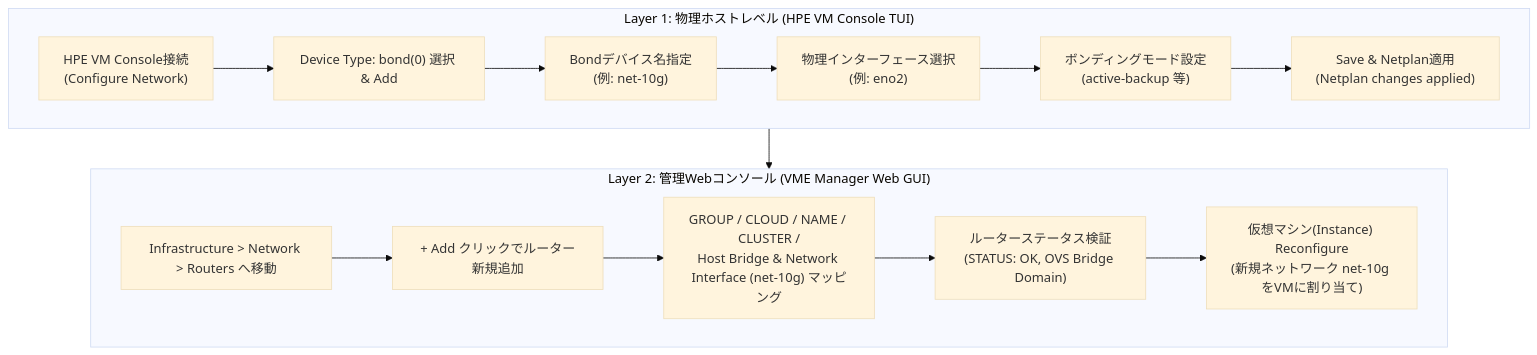
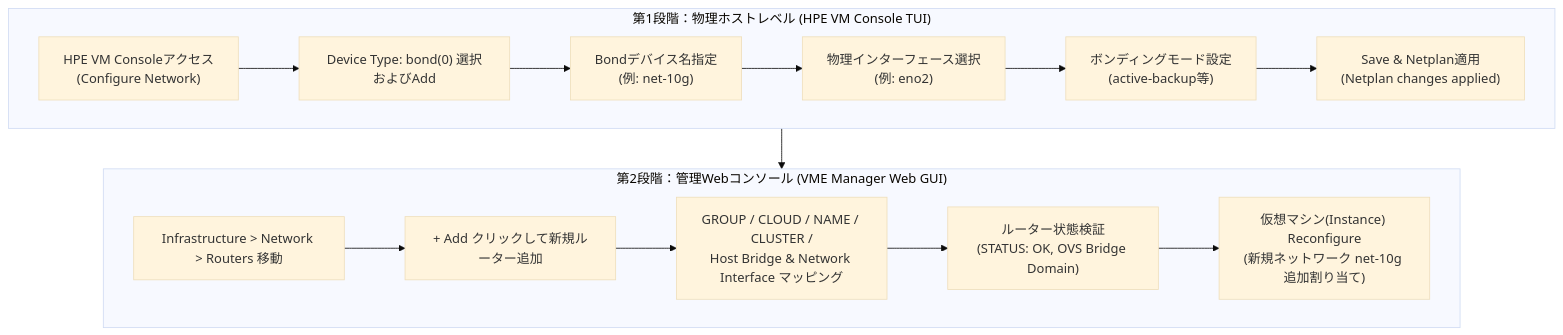
Before and after one commit to CheolKyunYU/cknotes: the diagram in content/posts/simplivity-vme-network-add-bonding-guide/index.jp.md, drawn with Mermaid (base theme). The commit also changed other lines of this file and 5 other files, not shown here.

````diff
--- a/content/posts/simplivity-vme-network-add-bonding-guide/index.jp.md
+++ b/content/posts/simplivity-vme-network-add-bonding-guide/index.jp.md
@@ -33,19 +29,19 @@
 ```mermaid
 flowchart TD
-    subgraph HostLevel["Layer 1: 物理ホストレベル (HPE VM Console TUI)"]
-        A1["HPE VM Console接続<br/>(Configure Network)"] --> A2["Device Type: bond(0) 選択 & Add"]
+    subgraph HostLevel["第1段階：物理ホストレベル (HPE VM Console TUI)"]
+        A1["HPE VM Consoleアクセス<br/>(Configure Network)"] --> A2["Device Type: bond(0) 選択およびAdd"]
         A2 --> A3["Bondデバイス名指定<br/>(例: net-10g)"]
         A3 --> A4["物理インターフェース選択<br/>(例: eno2)"]
-        A4 --> A5["ボンディングモード設定<br/>(active-backup 等)"]
+        A4 --> A5["ボンディングモード設定<br/>(active-backup等)"]
         A5 --> A6["Save & Netplan適用<br/>(Netplan changes applied)"]
     end
 
-    subgraph VMELevel["Layer 2: 管理Webコンソール (VME Manager Web GUI)"]
-        B1["Infrastructure > Network > Routers へ移動"] --> B2["+ Add クリックでルーター新規追加"]
-        B2 --> B3["GROUP / CLOUD / NAME / CLUSTER /<br/>Host Bridge & Network Interface (net-10g) マッピング"]
-        B3 --> B4["ルーターステータス検証<br/>(STATUS: OK, OVS Bridge Domain)"]
-        B4 --> B5["仮想マシン(Instance) Reconfigure<br/>(新規ネットワーク net-10g をVMに割り当て)"]
+    subgraph VMELevel["第2段階：管理Webコンソール (VME Manager Web GUI)"]
+        B1["Infrastructure > Network > Routers 移動"] --> B2["+ Add クリックして新規ルーター追加"]
+        B2 --> B3["GROUP / CLOUD / NAME / CLUSTER /<br/>Host Bridge & Network Interface マッピング"]
+        B3 --> B4["ルーター状態検証<br/>(STATUS: OK, OVS Bridge Domain)"]
+        B4 --> B5["仮想マシン(Instance) Reconfigure<br/>(新規ネットワーク net-10g 追加割り当て)"]
     end
 
     HostLevel --> VMELevel
 ```
````
